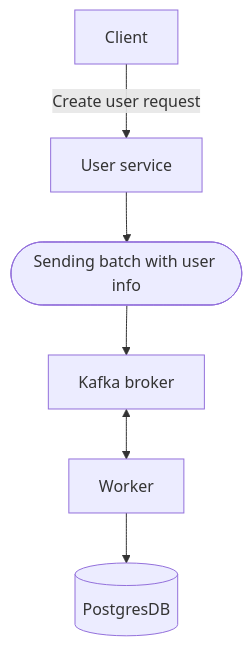
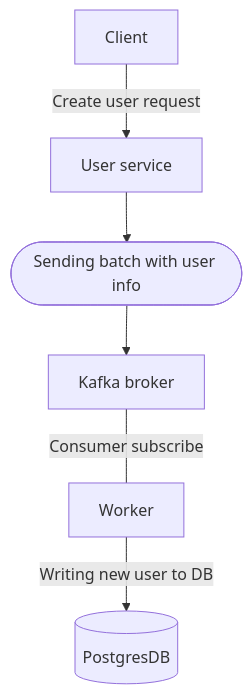
The second of 2 diagrams in README.md (savenkovao/nodejs-starter), drawn with Mermaid before and after one commit.

Commit message:
Update schema in README

````diff
--- a/README.md
+++ b/README.md
@@ -172,13 +172,13 @@
 ```mermaid 
 flowchart TB
 db[(PostgresDB)]
 user[User service]
 worker[Worker]
 kafka[Kafka broker]
 client[Client]
 createUser([Sending batch with user info])
-    client -->|Create user request| user
-    user -->createUser --> kafka;
-    kafka <--> worker;
-    worker --> db;
+    client -->|Create user request| user;
+    user --> createUser --> kafka;
+    kafka ---|Consumer subscribe| worker;
+    worker -->|Writing new user to DB| db;
 ```
````
